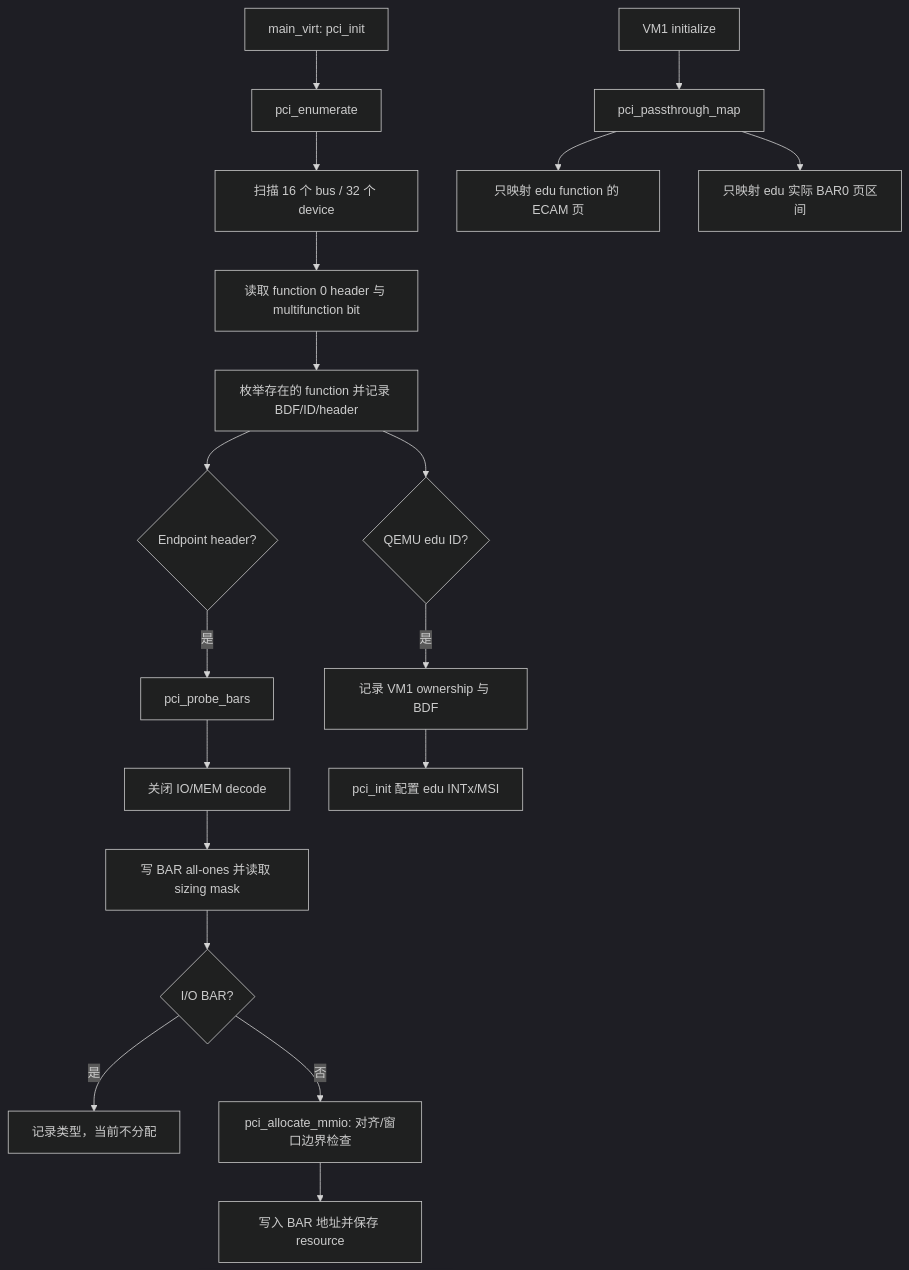
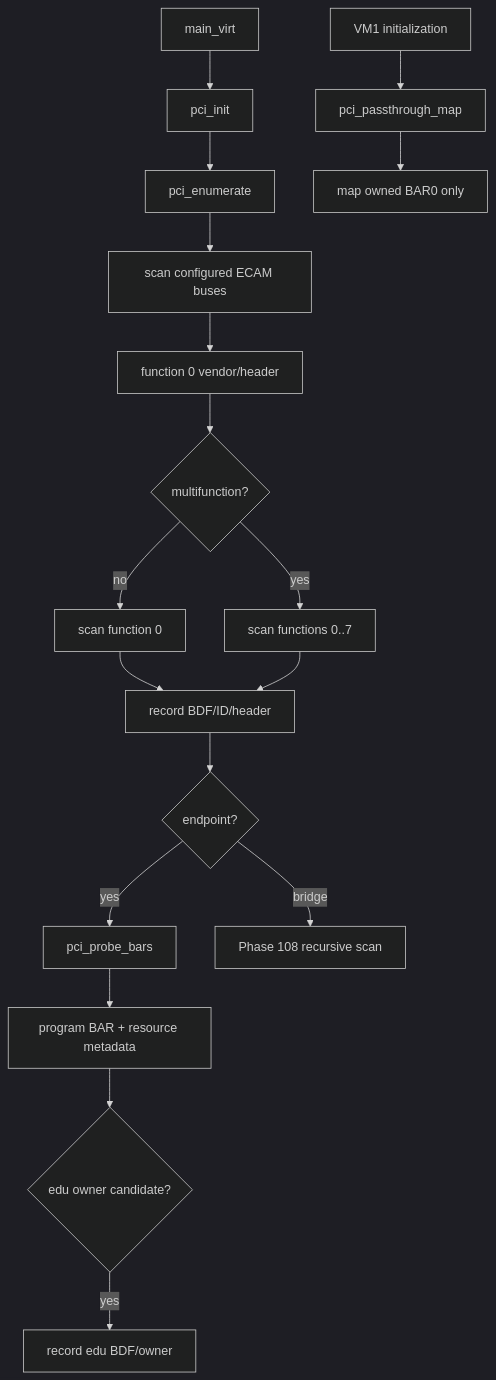
The first of 4 diagrams in docs/Phase107_PCI枚举与BAR资源映射_详细设计文档.md (huangtan203/avisor), drawn with Mermaid (dark theme) before and after one commit. The commit also changed other lines of this file, not shown here.

Commit message:
docs(pci): rebuild Phase 107 enumeration design

````diff
--- a/docs/Phase107_PCI枚举与BAR资源映射_详细设计文档.md
+++ b/docs/Phase107_PCI枚举与BAR资源映射_详细设计文档.md
@@ -17,21 +24,20 @@
 ```mermaid
 flowchart TD
-    A[main_virt: pci_init] --> B[pci_enumerate]
-    B --> C[扫描 16 个 bus / 32 个 device]
-    C --> D[读取 function 0 header 与 multifunction bit]
-    D --> E[枚举存在的 function 并记录 BDF/ID/header]
-    E --> F{Endpoint header?}
-    F -->|是| G[pci_probe_bars]
-    G --> H[关闭 IO/MEM decode]
-    H --> I[写 BAR all-ones 并读取 sizing mask]
-    I --> J{I/O BAR?}
-    J -->|是| K[记录类型，当前不分配]
-    J -->|否| L[pci_allocate_mmio: 对齐/窗口边界检查]
-    L --> M[写入 BAR 地址并保存 resource]
-    E --> N{QEMU edu ID?}
-    N -->|是| O[记录 VM1 ownership 与 BDF]
-    O --> P[pci_init 配置 edu INTx/MSI]
-    Q[VM1 initialize] --> R[pci_passthrough_map]
-    R --> S[只映射 edu function 的 ECAM 页]
-    R --> T[只映射 edu 实际 BAR0 页区间]
+    A[main_virt] --> B[pci_init]
+    B --> C[pci_enumerate]
+    C --> D[scan configured ECAM buses]
+    D --> E[function 0 vendor/header]
+    E --> F{multifunction?}
+    F -->|no| G[scan function 0]
+    F -->|yes| H[scan functions 0..7]
+    G --> I[record BDF/ID/header]
+    H --> I
+    I --> J{endpoint?}
+    J -->|yes| K[pci_probe_bars]
+    J -->|bridge| L[Phase 108 recursive scan]
+    K --> M[program BAR + resource metadata]
+    M --> N{edu owner candidate?}
+    N -->|yes| O[record edu BDF/owner]
+    P[VM1 initialization] --> Q[pci_passthrough_map]
+    Q --> R[map owned BAR0 only]
 ```
````
